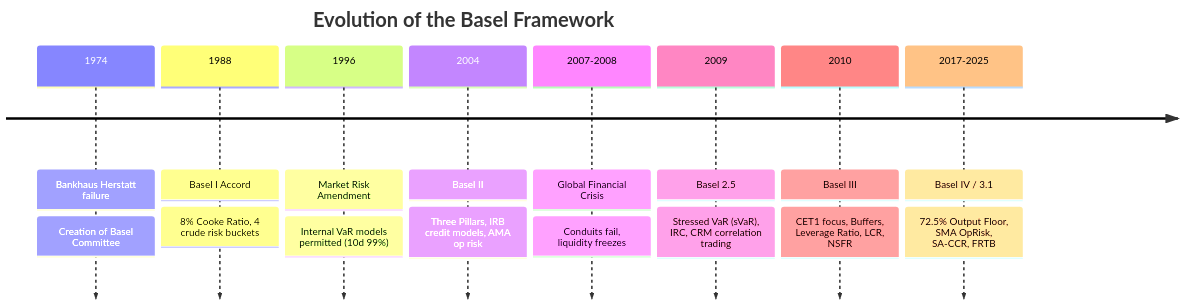
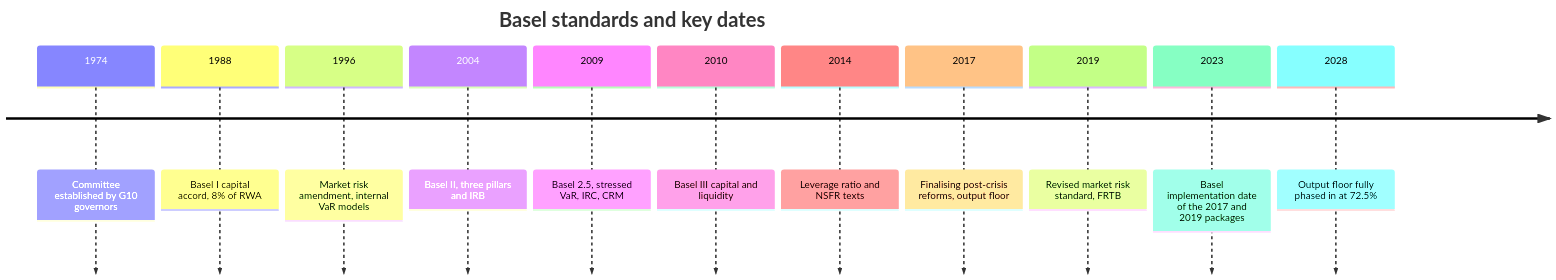
Before and after one commit to shreejitverma/The-Quant-Prep: the first of 2 diagrams in 17-Regulatory-Capital-Basel-and-FRTB/02-Basel-I-II-2.5-III-IV-Evolution.md, drawn with Mermaid. The commit also changed other lines of this file and 8 other files, not shown here.

````diff
--- a/17-Regulatory-Capital-Basel-and-FRTB/02-Basel-I-II-2.5-III-IV-Evolution.md
+++ b/17-Regulatory-Capital-Basel-and-FRTB/02-Basel-I-II-2.5-III-IV-Evolution.md
@@ -39,12 +55,15 @@
 ```mermaid
 timeline
-  title Evolution of the Basel Framework
-  1974 : Bankhaus Herstatt failure : Creation of Basel Committee
-  1988 : Basel I Accord : 8% Cooke Ratio, 4 crude risk buckets
-  1996 : Market Risk Amendment : Internal VaR models permitted (10d 99%)
-  2004 : Basel II : Three Pillars, IRB credit models, AMA op risk
-  2007-2008 : Global Financial Crisis : Conduits fail, liquidity freezes
-  2009 : Basel 2.5 : Stressed VaR (sVaR), IRC, CRM correlation trading
-  2010 : Basel III : CET1 focus, Buffers, Leverage Ratio, LCR, NSFR
-  2017-2025 : Basel IV / 3.1 : 72.5% Output Floor, SMA OpRisk, SA-CCR, FRTB
+    title Basel standards and key dates
+    1974 : Committee established by G10 governors
+    1988 : Basel I capital accord, 8% of RWA
+    1996 : Market risk amendment, internal VaR models
+    2004 : Basel II, three pillars and IRB
+    2009 : Basel 2.5, stressed VaR, IRC, CRM
+    2010 : Basel III capital and liquidity
+    2014 : Leverage ratio and NSFR texts
+    2017 : Finalising post-crisis reforms, output floor
+    2019 : Revised market risk standard, FRTB
+    2023 : Basel implementation date of the 2017 and 2019 packages
+    2028 : Output floor fully phased in at 72.5%
 ```
````
